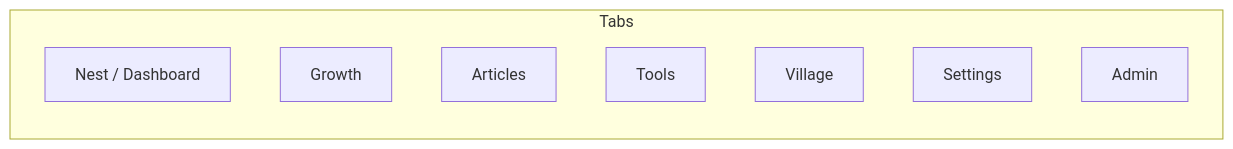
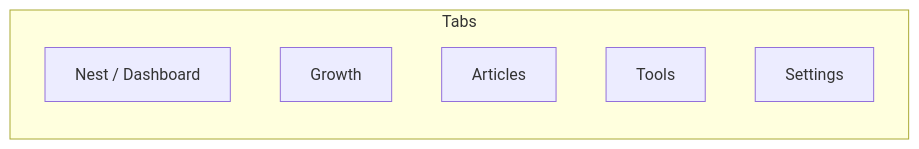
The second of 5 diagrams in docs/app-guide.md (tanakaprince49-cell/NESTLYY), drawn with Mermaid before and after one commit. The commit also changed other lines of this file and 12 other files, not shown here.

````diff
--- a/docs/app-guide.md
+++ b/docs/app-guide.md
@@ -29,12 +29,10 @@
 ```mermaid
 flowchart LR
     subgraph Tabs
         dashboard[Nest / Dashboard]
         baby[Growth]
         education[Articles]
         tools[Tools]
-        village[Village]
         settings[Settings]
-        admin[Admin]
     end
 ```
````
